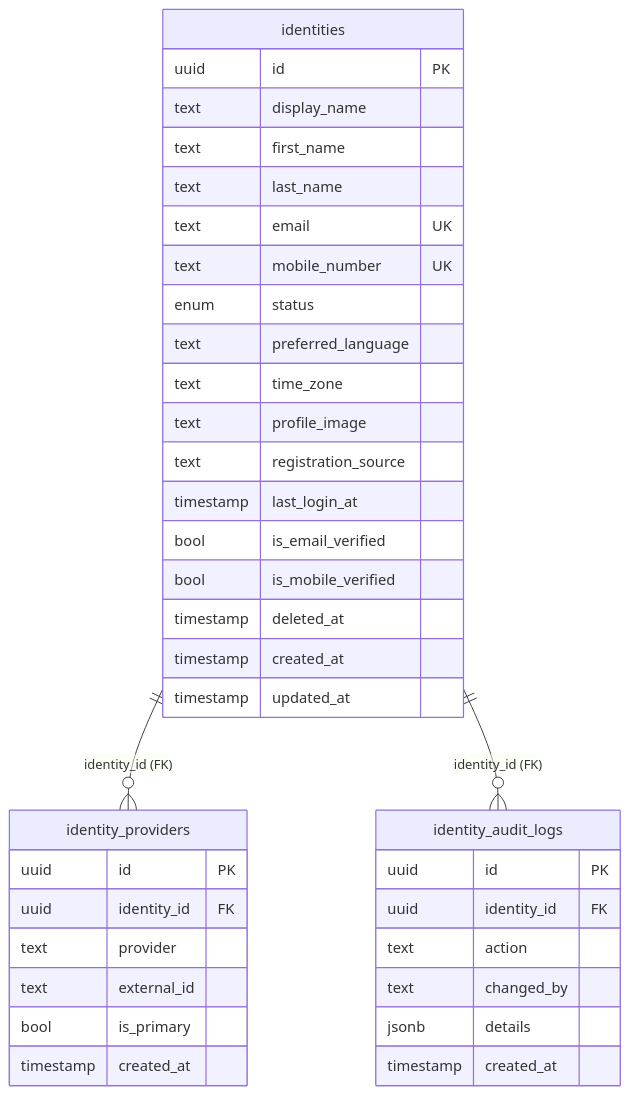
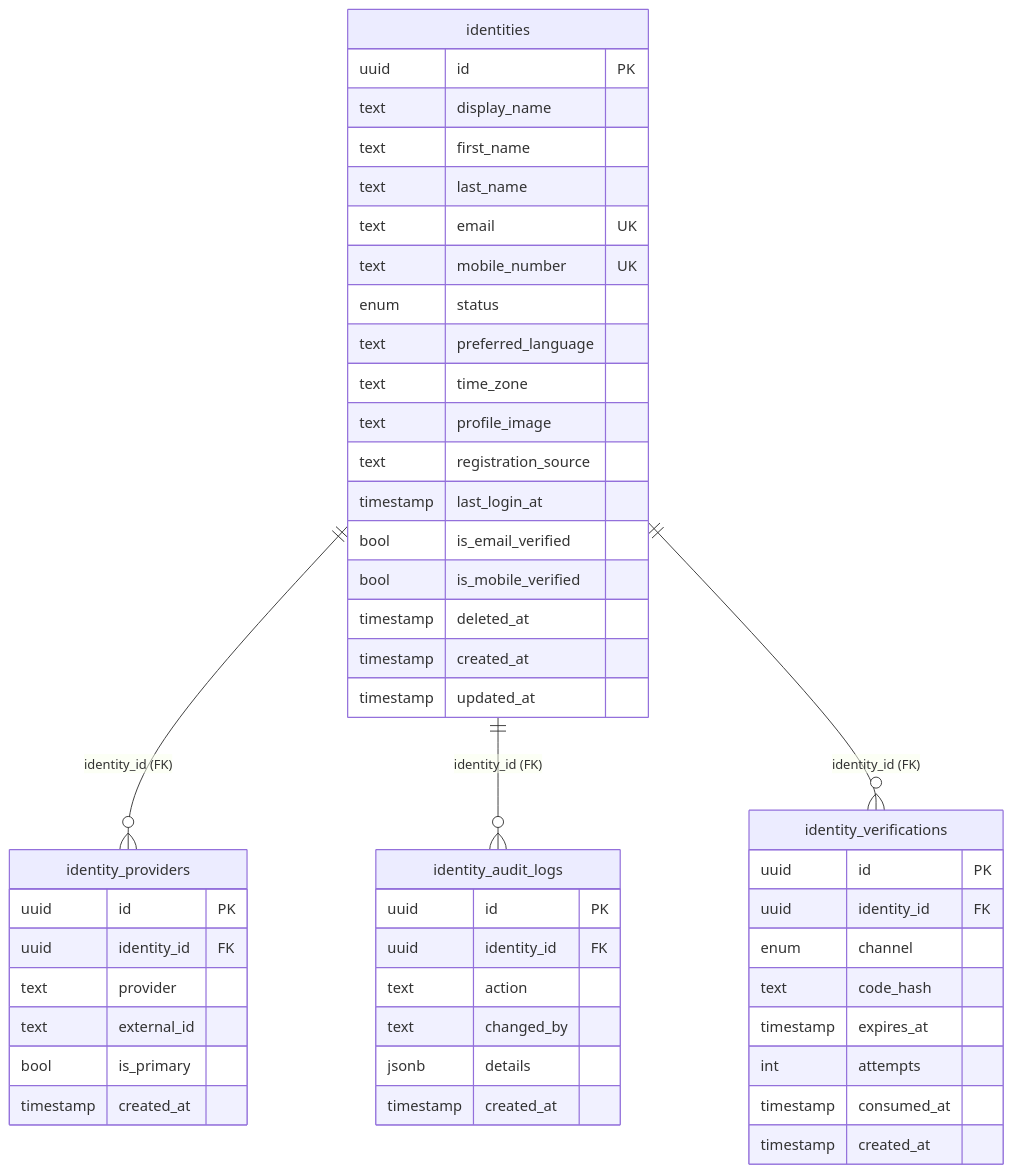
The third of 6 diagrams in services/identity-service/README.md (master-node1/the-aura-lab), drawn with Mermaid before and after one commit. The commit also changed other lines of this file and 68 other files, not shown here.

````diff
--- a/services/identity-service/README.md
+++ b/services/identity-service/README.md
@@ -162,40 +231,51 @@
 ```mermaid
 erDiagram
     identities ||--o{ identity_providers : "identity_id (FK)"
     identities ||--o{ identity_audit_logs : "identity_id (FK)"
+    identities ||--o{ identity_verifications : "identity_id (FK)"
     identities {
         uuid id PK
         text display_name
         text first_name
         text last_name
         text email UK
         text mobile_number UK
         enum status
         text preferred_language
         text time_zone
         text profile_image
         text registration_source
         timestamp last_login_at
         bool is_email_verified
         bool is_mobile_verified
         timestamp deleted_at
         timestamp created_at
         timestamp updated_at
     }
     identity_providers {
         uuid id PK
         uuid identity_id FK
         text provider
         text external_id
         bool is_primary
         timestamp created_at
     }
     identity_audit_logs {
         uuid id PK
         uuid identity_id FK
         text action
         text changed_by
         jsonb details
         timestamp created_at
     }
+    identity_verifications {
+        uuid id PK
+        uuid identity_id FK
+        enum channel
+        text code_hash
+        timestamp expires_at
+        int attempts
+        timestamp consumed_at
+        timestamp created_at
+    }
 ```
````
